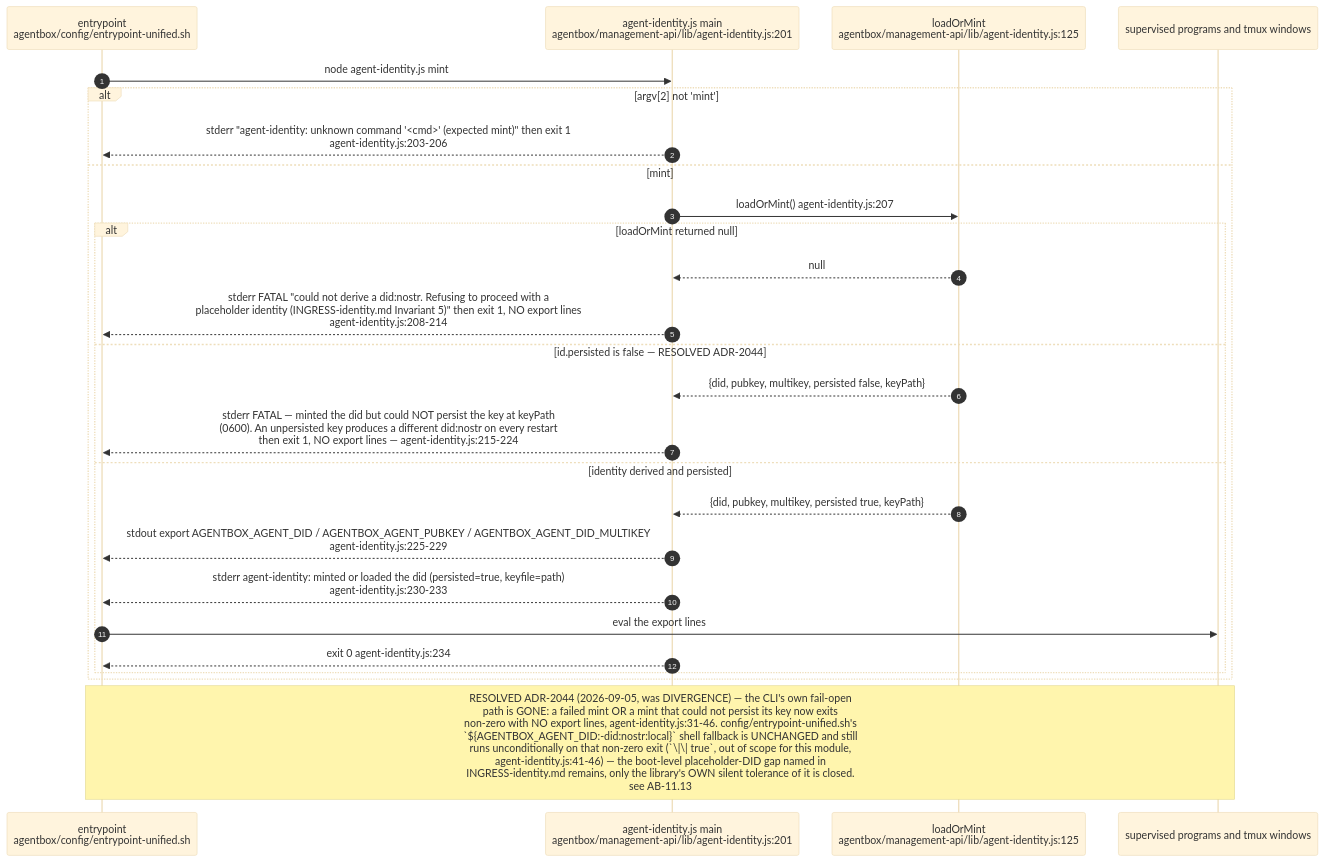
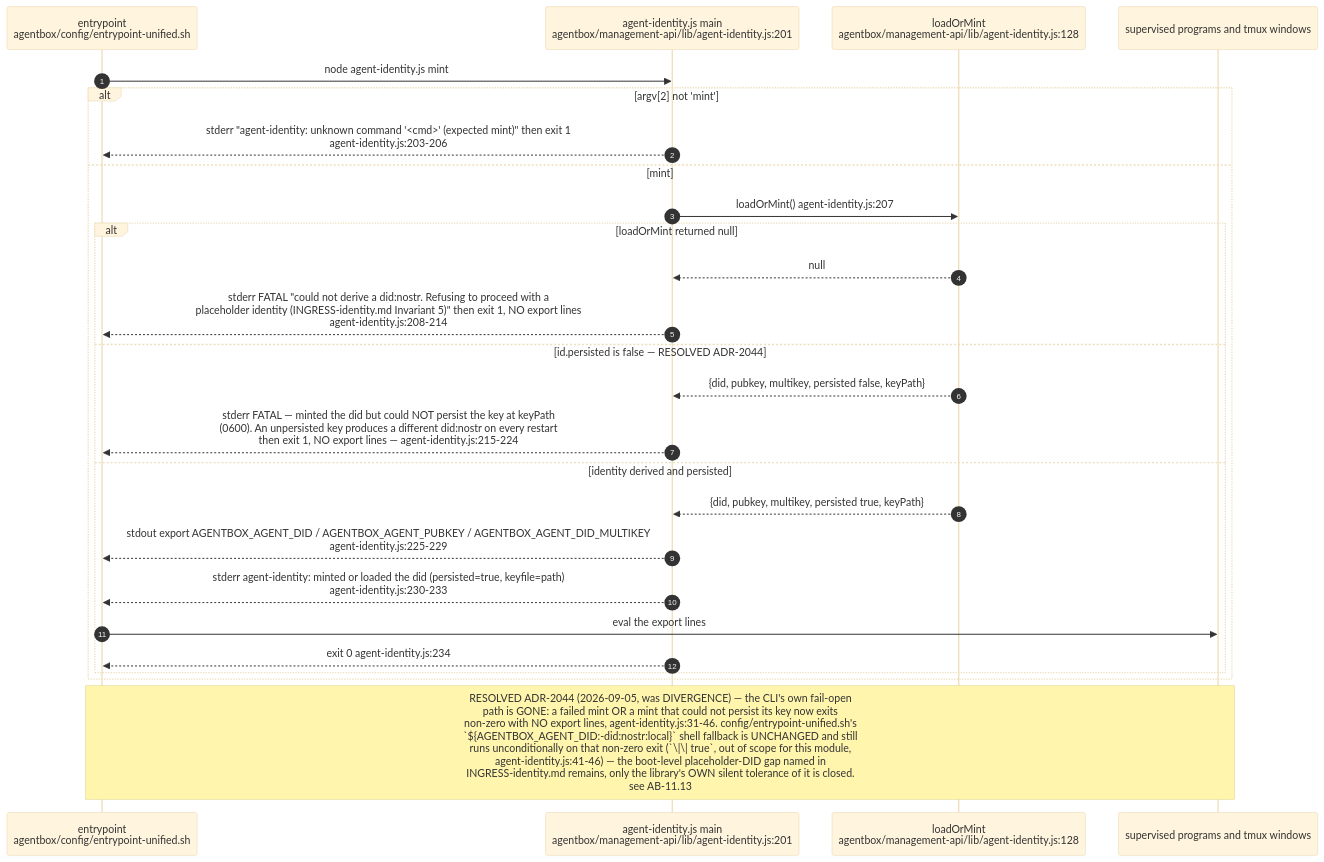
Before and after one commit to DreamLab-AI/VisionFlow: the third of 16 diagrams in docs/diagrams/agentbox/11-identity-did-mandate-authority.md, drawn with Mermaid (base theme). The commit also changed other lines of this file and 111 other files, not shown here.

Commit message:
docs(diagrams): align estate maps with current source

````diff
--- a/docs/diagrams/agentbox/11-identity-did-mandate-authority.md
+++ b/docs/diagrams/agentbox/11-identity-did-mandate-authority.md
@@ -152,29 +152,29 @@
 ```mermaid
 sequenceDiagram
     autonumber
     participant EP as entrypoint<br/>agentbox/config/entrypoint-unified.sh
     participant CLI as agent-identity.js main<br/>agentbox/management-api/lib/agent-identity.js:201
-    participant LM as loadOrMint<br/>agentbox/management-api/lib/agent-identity.js:125
+    participant LM as loadOrMint<br/>agentbox/management-api/lib/agent-identity.js:128
     participant SHELL as supervised programs and tmux windows
 
     EP->>CLI: node agent-identity.js mint
     alt argv[2] not 'mint'
         CLI-->>EP: stderr "agent-identity: unknown command '<cmd>' (expected mint)" then exit 1<br/>agent-identity.js:203-206
     else mint
         CLI->>LM: loadOrMint() agent-identity.js:207
         alt loadOrMint returned null
             LM-->>CLI: null
             CLI-->>EP: stderr FATAL "could not derive a did:nostr. Refusing to proceed with a<br/>placeholder identity (INGRESS-identity.md Invariant 5)" then exit 1, NO export lines<br/>agent-identity.js:208-214
         else id.persisted is false — RESOLVED ADR-2044
             LM-->>CLI: {did, pubkey, multikey, persisted false, keyPath}
             CLI-->>EP: stderr FATAL — minted the did but could NOT persist the key at keyPath<br/>(0600). An unpersisted key produces a different did:nostr on every restart<br/>then exit 1, NO export lines — agent-identity.js:215-224
         else identity derived and persisted
             LM-->>CLI: {did, pubkey, multikey, persisted true, keyPath}
             CLI-->>EP: stdout export AGENTBOX_AGENT_DID / AGENTBOX_AGENT_PUBKEY / AGENTBOX_AGENT_DID_MULTIKEY<br/>agent-identity.js:225-229
             CLI-->>EP: stderr agent-identity: minted or loaded the did (persisted=true, keyfile=path)<br/>agent-identity.js:230-233
             EP->>SHELL: eval the export lines
             CLI-->>EP: exit 0 agent-identity.js:234
         end
     end
     Note over EP,SHELL: RESOLVED ADR-2044 (2026-09-05, was DIVERGENCE) — the CLI's own fail-open<br/>path is GONE: a failed mint OR a mint that could not persist its key now exits<br/>non-zero with NO export lines, agent-identity.js:31-46. config/entrypoint-unified.sh's<br/>`${AGENTBOX_AGENT_DID:-did:nostr:local}` shell fallback is UNCHANGED and still<br/>runs unconditionally on that non-zero exit (`\|\| true`, out of scope for this module,<br/>agent-identity.js:41-46) — the boot-level placeholder-DID gap named in<br/>INGRESS-identity.md remains, only the library's OWN silent tolerance of it is closed.<br/>see AB-11.13
 ```
````
